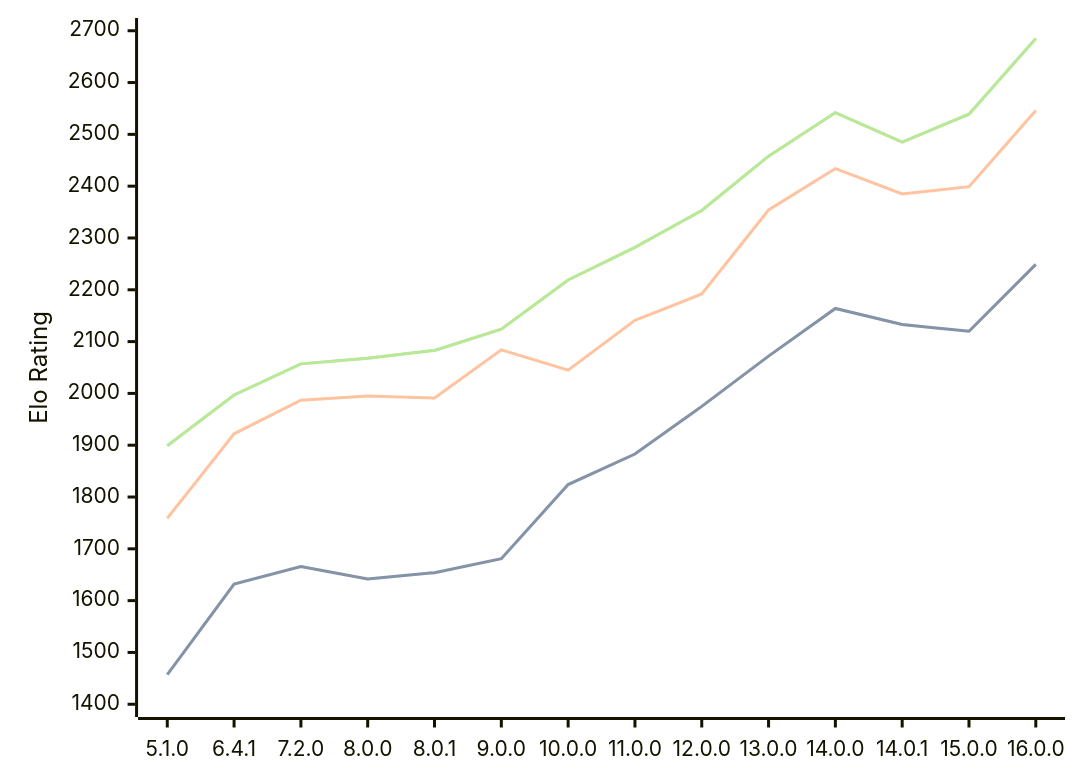
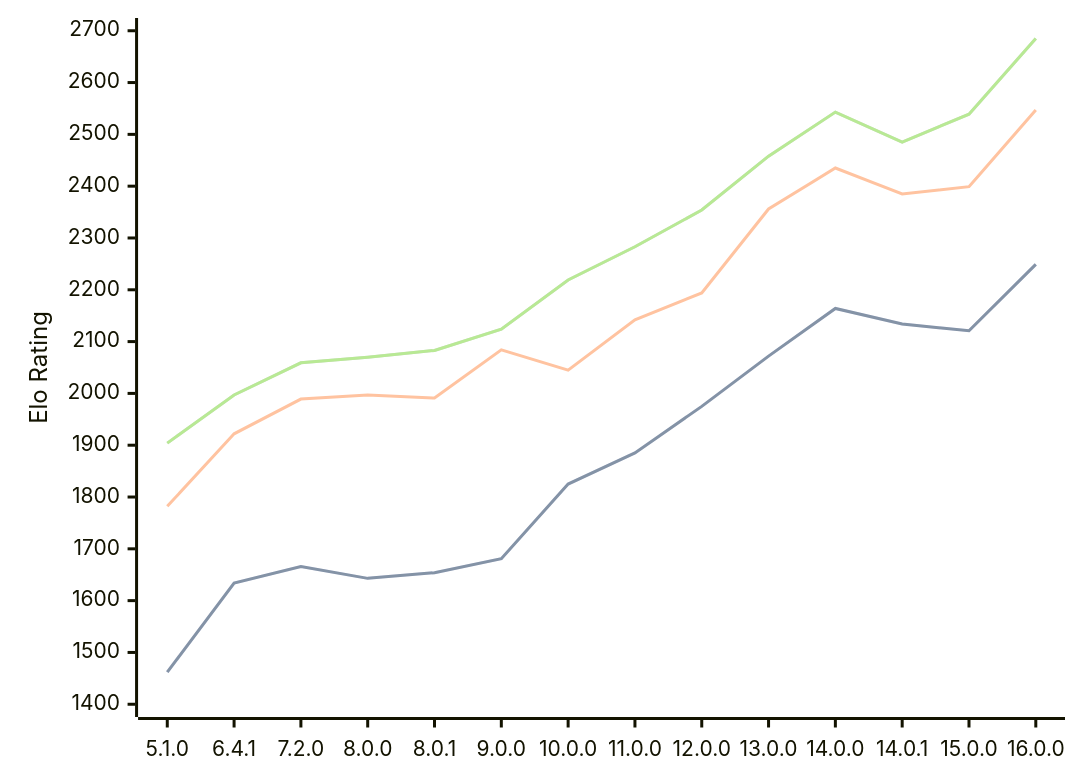
Before and after one commit to computer-chess-index/cci: the diagram in engines/Cepimetheus.md, drawn with Mermaid. The commit also changed other lines of this file, not shown here.

Commit message:
Update CCI Ratings (ELO VLTC) - 2026-09-06

````diff
--- a/engines/Cepimetheus.md
+++ b/engines/Cepimetheus.md
@@ -67,11 +67,11 @@
 ```mermaid
 %%{init: {"theme":"base","themeVariables":{"seriesColors:['#a3a3a3','#222221','#faa371']}}}%%
 xychart-beta
   x-axis ["5.1.0", "6.4.1", "7.2.0", "8.0.0", "8.0.1", "9.0.0", "10.0.0", "11.0.0", "12.0.0", "13.0.0", "14.0.0", "14.0.1", "15.0.0", "16.0.0"]
   y-axis "Elo Rating" 1400 --> 2700
-  line "" [1457, 1632, 1666, 1642, 1654, 1681, 1824, 1883, 1975, 2072, 2164, 2133, 2120, 2249]
-  line "STC (8.0+0.08s)" [1457, 1632, 1666, 1642, 1654, 1681, 1824, 1883, 1975, 2072, 2164, 2133, 2120, 2249]
-  line "LTC (60.0+0.60s)" [1759, 1922, 1987, 1995, 1991, 2084, 2045, 2141, 2192, 2354, 2434, 2385, 2399, 2546]
-  line "" [1899, 1997, 2057, 2068, 2083, 2124, 2219, 2282, 2353, 2458, 2542, 2485, 2539, 2685]
-  line "VLTC (2m24s+1.12s)" [1899, 1997, 2057, 2068, 2083, 2124, 2219, 2282, 2353, 2458, 2542, 2485, 2539, 2685]
+  line "" [1462, 1634, 1666, 1643, 1654, 1681, 1825, 1885, 1975, 2072, 2164, 2134, 2121, 2249]
+  line "STC (8.0+0.08s)" [1462, 1634, 1666, 1643, 1654, 1681, 1825, 1885, 1975, 2072, 2164, 2134, 2121, 2249]
+  line "LTC (60.0+0.60s)" [1782, 1922, 1989, 1997, 1991, 2084, 2045, 2142, 2194, 2356, 2435, 2385, 2399, 2547]
+  line "" [1904, 1997, 2059, 2070, 2083, 2124, 2219, 2283, 2354, 2458, 2543, 2485, 2539, 2685]
+  line "VLTC (2m24s+1.12s)" [1904, 1997, 2059, 2070, 2083, 2124, 2219, 2283, 2354, 2458, 2543, 2485, 2539, 2685]
 ```
````
